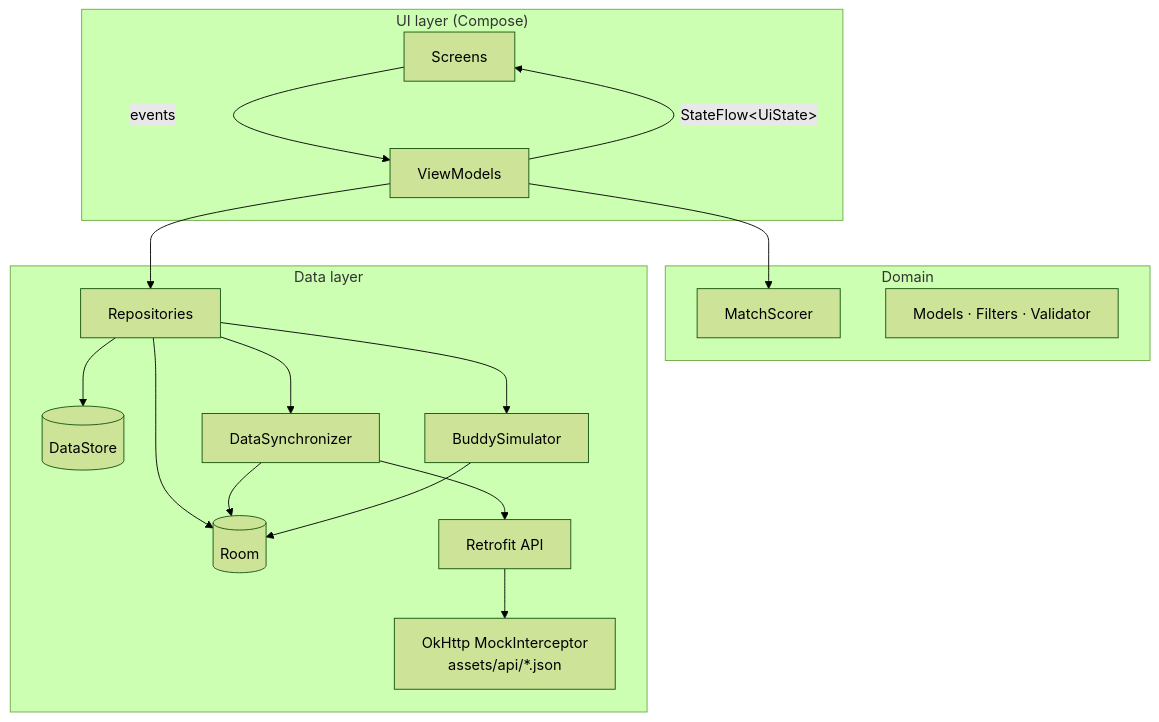
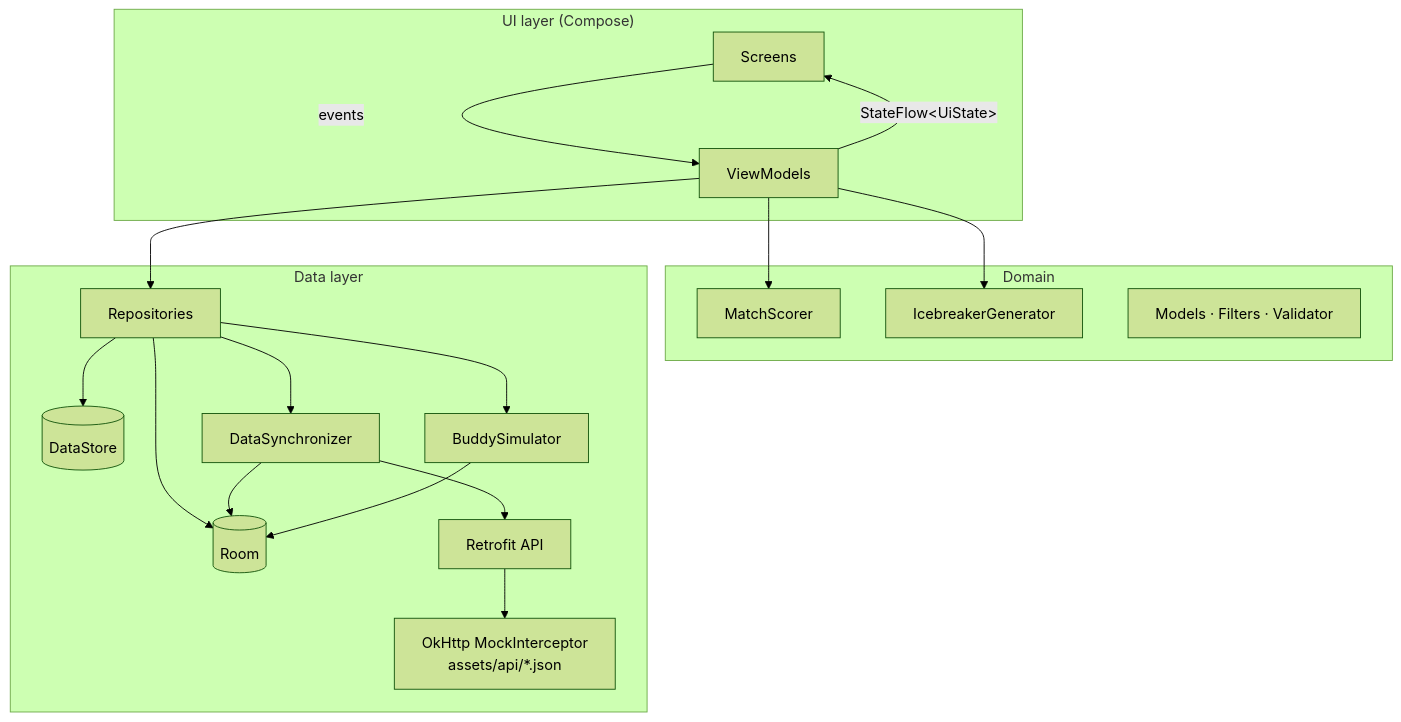
The diagram in README.md (iEswar23/BuddyUp), drawn with Mermaid (forest theme) before and after one commit. The commit also changed other lines of this file and 41 other files, not shown here.

````diff
--- a/README.md
+++ b/README.md
@@ -52,23 +61,25 @@
 ```mermaid
 flowchart TD
     subgraph UI["UI layer (Compose)"]
         S[Screens] -->|events| VM[ViewModels]
         VM -->|StateFlow&lt;UiState&gt;| S
     end
     subgraph Domain["Domain"]
         MS[MatchScorer]
+        IG[IcebreakerGenerator]
         M[Models · Filters · Validator]
     end
     subgraph Data["Data layer"]
         R[Repositories] --> DB[(Room)]
         R --> DS[(DataStore)]
         SYNC[DataSynchronizer] --> API[Retrofit API]
         API --> MI[OkHttp MockInterceptor<br/>assets/api/*.json]
         SYNC --> DB
         SIM[BuddySimulator] --> DB
     end
     VM --> R
     VM --> MS
+    VM --> IG
     R --> SYNC
     R --> SIM
 ```
````
